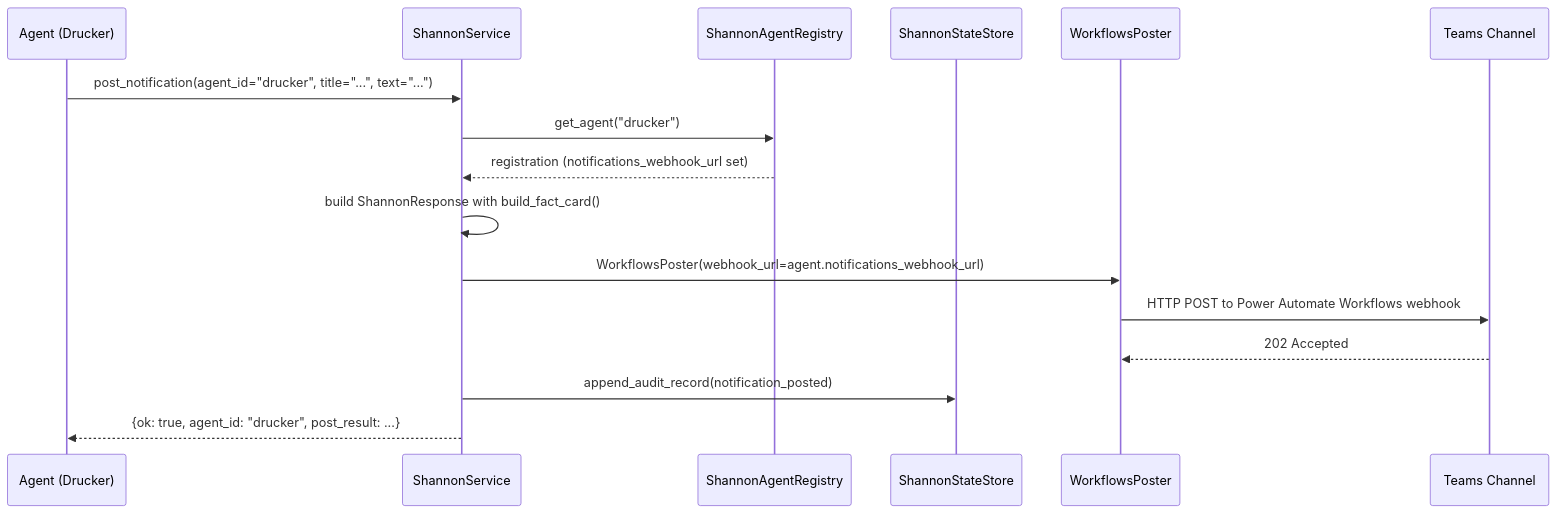
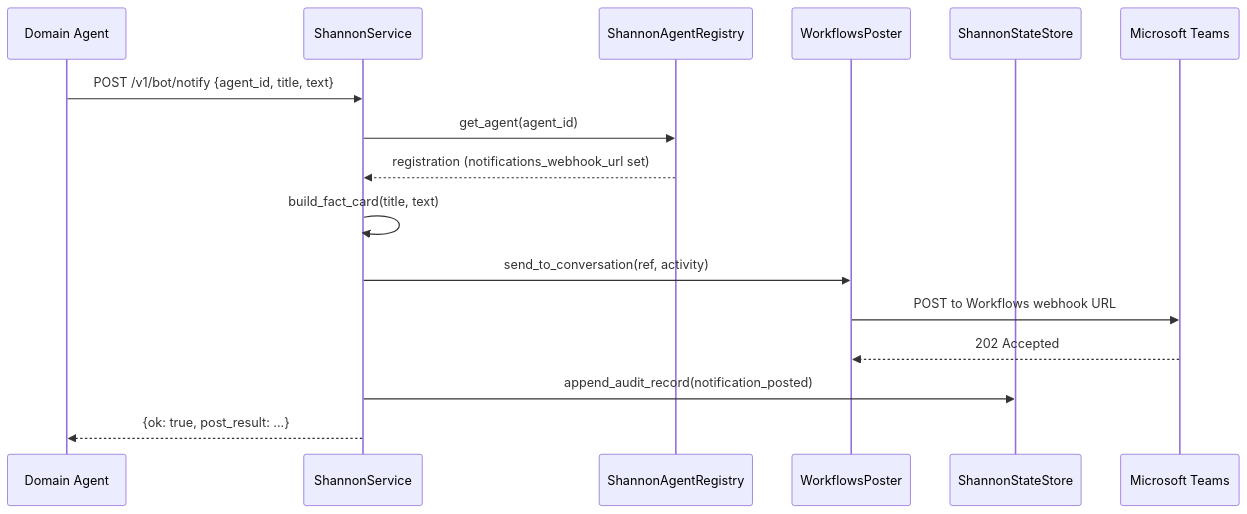
The third of 4 diagrams in docs/agents-shannon.md (jmac-cornelis/agent-workforce), drawn with Mermaid before and after one commit. The commit also changed other lines of this file and 7 other files, not shown here.

````diff
--- a/docs/agents-shannon.md
+++ b/docs/agents-shannon.md
@@ -105,19 +120,19 @@
 ```mermaid
 sequenceDiagram
-    participant A as Agent (Drucker)
+    participant AGENT as Domain Agent
     participant SVC as ShannonService
-    participant REG as ShannonAgentRegistry
-    participant SS as ShannonStateStore
-    participant PST as WorkflowsPoster
-    participant T as Teams Channel
+    participant SREG as ShannonAgentRegistry
+    participant POSTER as WorkflowsPoster
+    participant STATE as ShannonStateStore
+    participant T as Microsoft Teams
 
-    A->>SVC: post_notification(agent_id="drucker", title="...", text="...")
-    SVC->>REG: get_agent("drucker")
-    REG-->>SVC: registration (notifications_webhook_url set)
-    SVC->>SVC: build ShannonResponse with build_fact_card()
-    SVC->>PST: WorkflowsPoster(webhook_url=agent.notifications_webhook_url)
-    PST->>T: HTTP POST to Power Automate Workflows webhook
-    T-->>PST: 202 Accepted
-    SVC->>SS: append_audit_record(notification_posted)
-    SVC-->>A: {ok: true, agent_id: "drucker", post_result: ...}
+    AGENT->>SVC: POST /v1/bot/notify {agent_id, title, text}
+    SVC->>SREG: get_agent(agent_id)
+    SREG-->>SVC: registration (notifications_webhook_url set)
+    SVC->>SVC: build_fact_card(title, text)
+    SVC->>POSTER: send_to_conversation(ref, activity)
+    POSTER->>T: POST to Workflows webhook URL
+    T-->>POSTER: 202 Accepted
+    SVC->>STATE: append_audit_record(notification_posted)
+    SVC-->>AGENT: {ok: true, post_result: ...}
 ```
````
